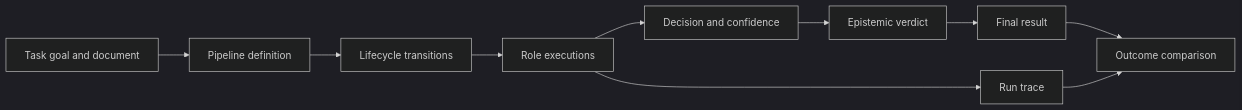
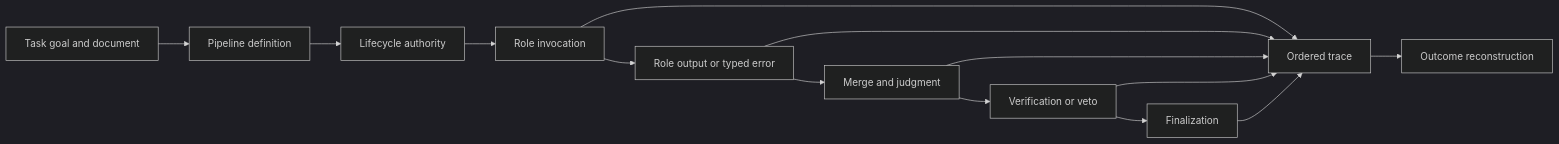
Before and after one commit to bijux/bijux-canon: the diagram in docs/05-bijux-canon-agent/foundation/domain-language.md, drawn with Mermaid (dark theme). The commit also changed other lines of this file and 2 other files, not shown here.

````diff
--- a/docs/05-bijux-canon-agent/foundation/domain-language.md
+++ b/docs/05-bijux-canon-agent/foundation/domain-language.md
@@ -17,12 +17,16 @@
 ```mermaid
 flowchart LR
     T[Task goal and document] --> P[Pipeline definition]
-    P --> L[Lifecycle transitions]
-    L --> R[Role executions]
-    R --> J[Decision and confidence]
-    J --> E[Epistemic verdict]
-    E --> F[Final result]
-    R --> X[Run trace]
-    F --> C[Outcome comparison]
-    X --> C
+    P --> L[Lifecycle authority]
+    L --> R[Role invocation]
+    R --> O[Role output or typed error]
+    O --> M[Merge and judgment]
+    M --> V[Verification or veto]
+    V --> F[Finalization]
+    R --> X[Ordered trace]
+    O --> X
+    M --> X
+    V --> X
+    F --> X
+    X --> C[Outcome reconstruction]
 ```
````
